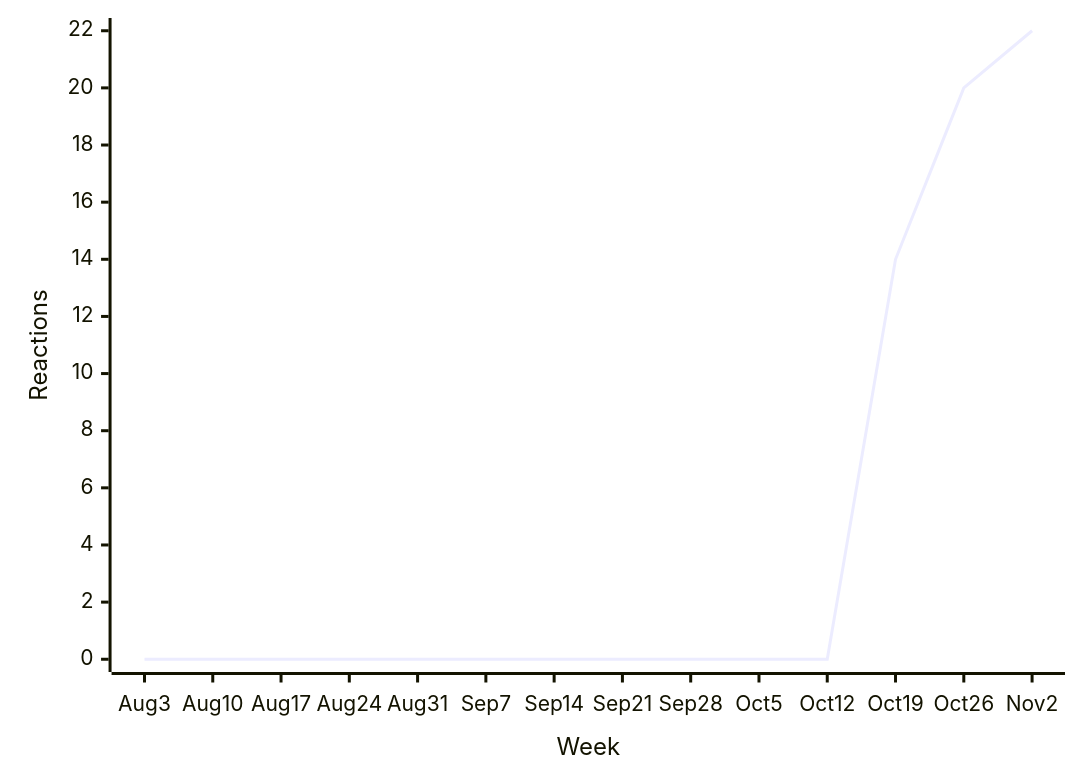
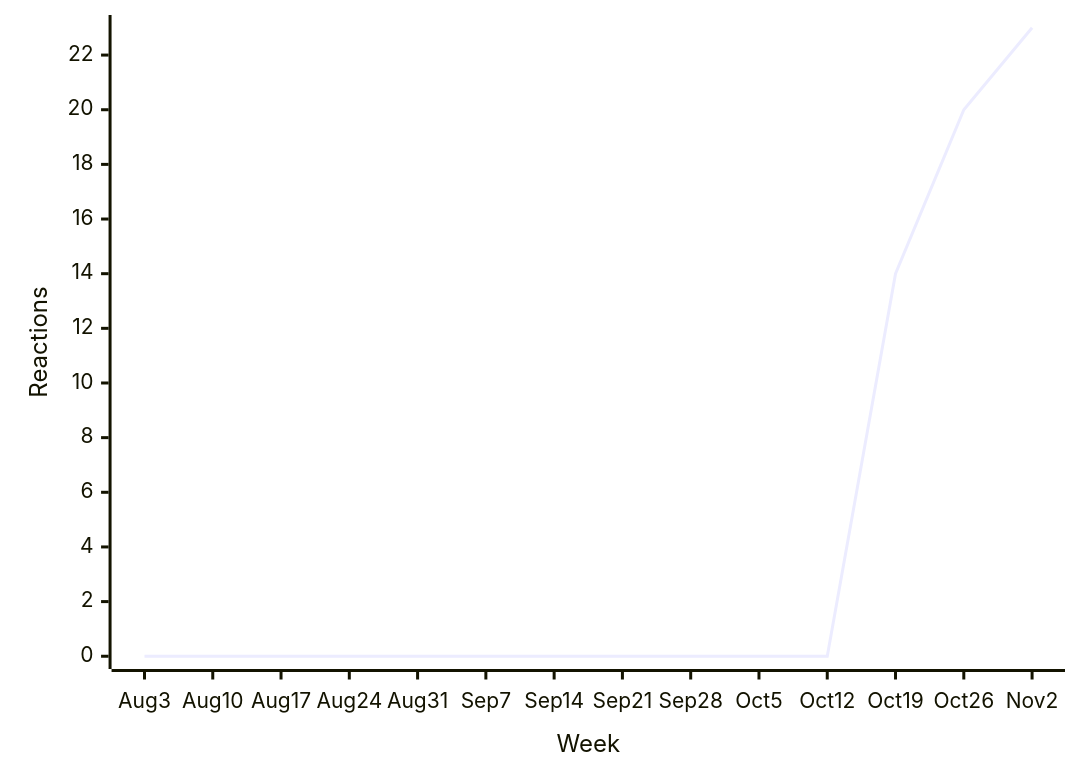
The sixth of 39 diagrams in README.md (loic-sharma/github-insights), drawn with Mermaid before and after one commit. The commit also changed other lines of this file and 3 other files, not shown here.

````diff
--- a/README.md
+++ b/README.md
@@ -409,6 +409,6 @@
   ```mermaid
   xychart-beta
     x-axis "Week" [Aug 3, Aug 10, Aug 17, Aug 24, Aug 31, Sep 7, Sep 14, Sep 21, Sep 28, Oct 5, Oct 12, Oct 19, Oct 26, Nov 2]
     y-axis "Reactions"
-    line [0, 0, 0, 0, 0, 0, 0, 0, 0, 0, 0, 14, 20, 22]
+    line [0, 0, 0, 0, 0, 0, 0, 0, 0, 0, 0, 14, 20, 23]
   ```
````
